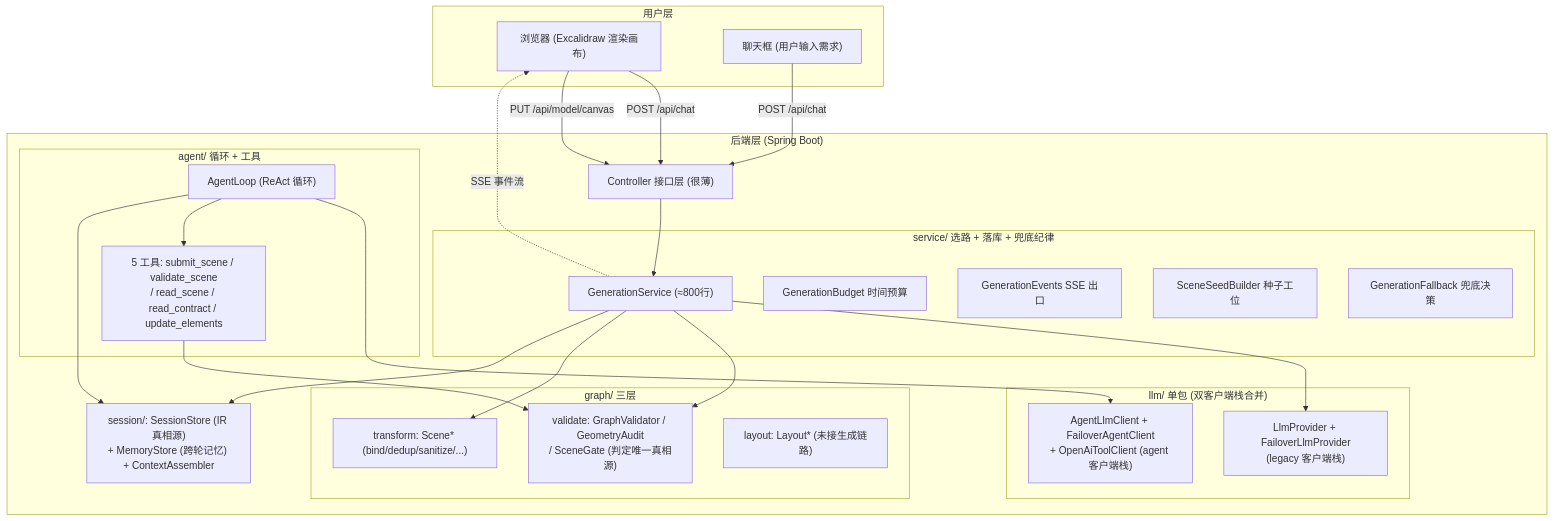
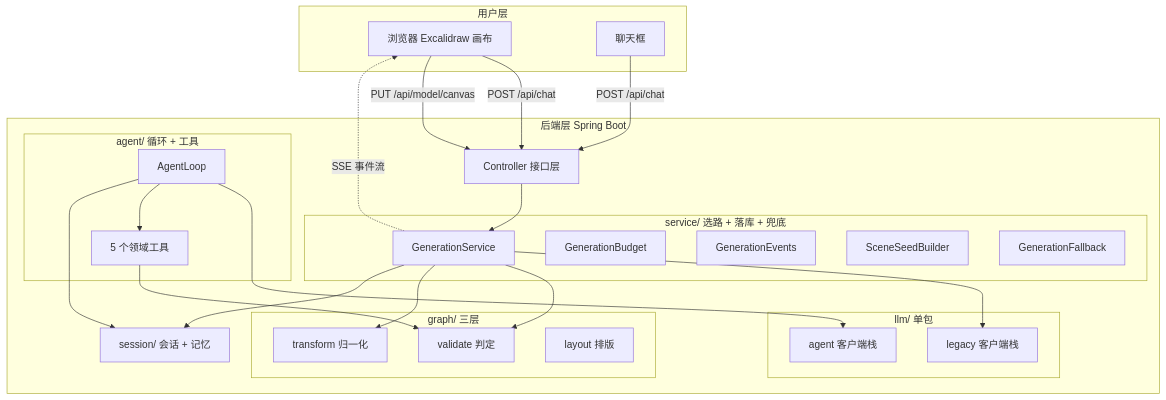
Before and after one commit to Nihao7-L/flowchart-ai: the first of 13 diagrams in workbuddyFlow/docs/FlowAI架构与交互机制.md, drawn with Mermaid. The commit also changed other lines of this file, not shown here.

Commit message:
docs: 修复架构文档 mermaid 图文字被裁——节点只留短名，细节下沉正文
- §1.1 系统架构图重绘：原图节点标签过长（submit_scene/validate_scene 等无空格长串 + <br/> 长段）在渲染器里溢出边框被裁；改为短名节点（如"5 个领域工具""validate 判定"），包内明细改列在图下"图上每个包里装的是什么"清单
- 同类隐患全文档排查：§3.1/§3.2/§3.5/§7.1 共 8 处无空格长标签加 <br/> 换行点（scenePlanner.claimFramesOnly()、FailoverAgentClient.chat()、updatePositions/removeElements/setUserElements 等）
- 验证方式：frontend 本地 mermaid v11 真实渲染 13 个图块为 SVG+PNG 逐张肉眼复核，无裁字、无语法错误

````diff
--- a/workbuddyFlow/docs/FlowAI架构与交互机制.md
+++ b/workbuddyFlow/docs/FlowAI架构与交互机制.md
@@ -9,44 +9,44 @@
 ```mermaid
 flowchart TB
   subgraph UL["用户层"]
-    B["浏览器 (Excalidraw 渲染画布)"]
-    C["聊天框 (用户输入需求)"]
+    B["浏览器 Excalidraw 画布"]
+    C["聊天框"]
   end
-  subgraph BL["后端层 (Spring Boot)"]
-    CT["Controller 接口层 (很薄)"]
-    subgraph SV["service/ 选路 + 落库 + 兜底纪律"]
-      GS["GenerationService (≈800行)"]
-      GB["GenerationBudget 时间预算"]
-      GE["GenerationEvents SSE 出口"]
-      SB["SceneSeedBuilder 种子工位"]
-      GF["GenerationFallback 兜底决策"]
+  subgraph BL["后端层 Spring Boot"]
+    CT["Controller 接口层"]
+    subgraph SV["service/ 选路 + 落库 + 兜底"]
+      GS["GenerationService"]
+      GB["GenerationBudget"]
+      GE["GenerationEvents"]
+      SB["SceneSeedBuilder"]
+      GF["GenerationFallback"]
     end
-    subgraph AI["llm/ 单包 (双客户端栈合并)"]
-      LP["LlmProvider + FailoverLlmProvider<br/>(legacy 客户端栈)"]
-      AC["AgentLlmClient + FailoverAgentClient<br/>+ OpenAiToolClient (agent 客户端栈)"]
+    subgraph AI["llm/ 单包"]
+      LP["legacy 客户端栈"]
+      AC["agent 客户端栈"]
     end
     subgraph AG["agent/ 循环 + 工具"]
-      AL["AgentLoop (ReAct 循环)"]
-      T5["5 工具: submit_scene / validate_scene<br/>/ read_scene / read_contract / update_elements"]
+      AL["AgentLoop"]
+      T5["5 个领域工具"]
     end
     subgraph GR["graph/ 三层"]
-      VA["validate: GraphValidator / GeometryAudit<br/>/ SceneGate (判定唯一真相源)"]
-      TR["transform: Scene* (bind/dedup/sanitize/...)"]
-      LA["layout: Layout* (未接生成链路)"]
+      VA["validate 判定"]
+      TR["transform 归一化"]
+      LA["layout 排版"]
     end
-    SS["session/: SessionStore (IR 真相源)<br/>+ MemoryStore (跨轮记忆) + ContextAssembler"]
+    SS["session/ 会话 + 记忆"]
     CT --> GS
     GS --> LP
     AL --> AC
     AL --> T5
     T5 --> VA
     GS --> VA
     GS --> TR
     GS --> SS
     AL --> SS
   end
   B -->|"POST /api/chat"| CT
   C -->|"POST /api/chat"| CT
   B -->|"PUT /api/model/canvas"| CT
   GS -.->|"SSE 事件流"| B
 ```
````
